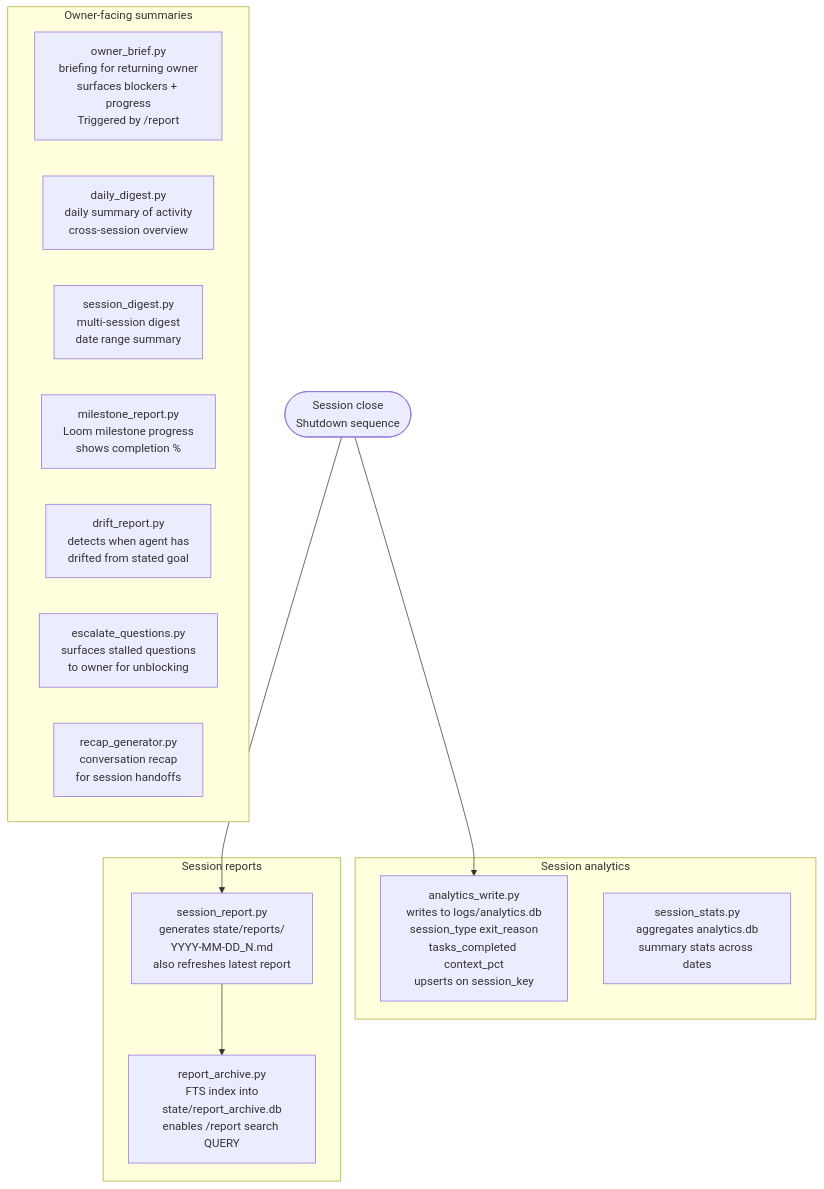
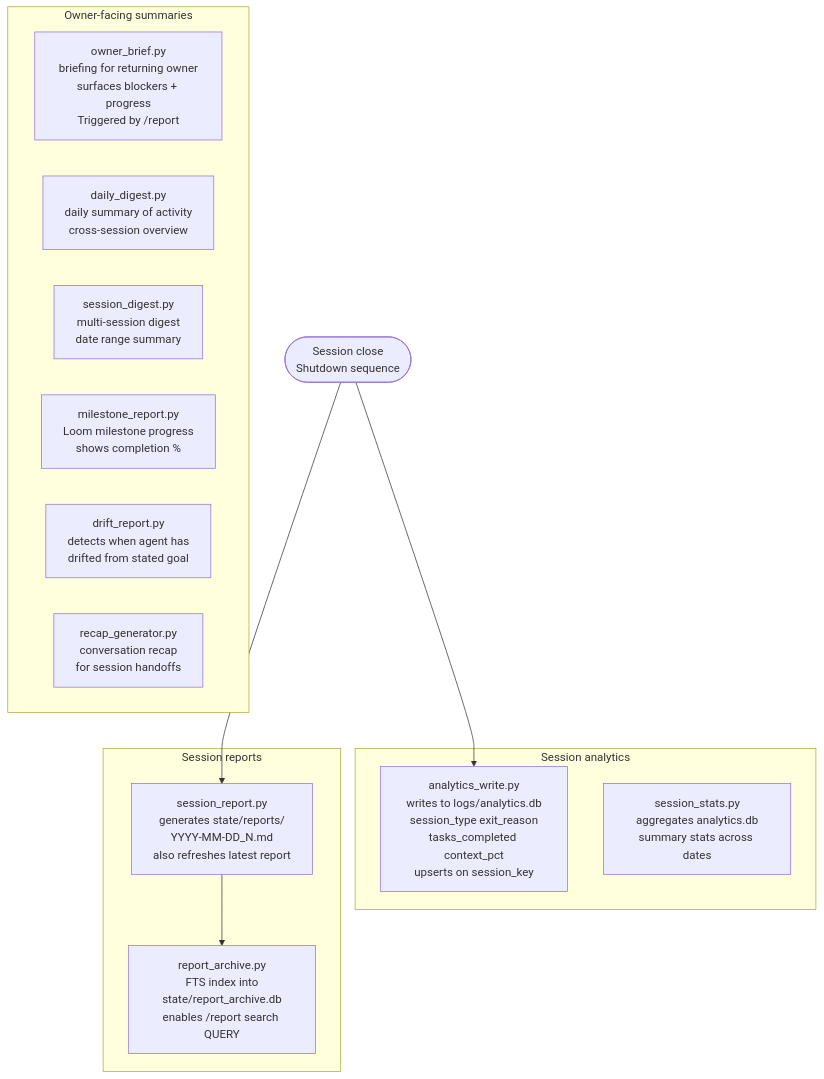
One commit to lainiwakuraagent-lgtm/node changed the diagram in .claude/architecture/component/tools_reporting.mmd. Above: the diagram before and after it, drawn with Mermaid. The commit also changed 3 other files, not shown here.

First line of the commit message:
fix: remove escalate_questions.py — self-scheduling sessions was the wrong design

```diff
--- a/.claude/architecture/component/tools_reporting.mmd
+++ b/.claude/architecture/component/tools_reporting.mmd
@@ -1,28 +1,27 @@
 %% Component: reporting and analytics suite.
 %% Written by the agent at session close; surfaced to owner via /report command.
 flowchart TD
     SessionClose([Session close\nShutdown sequence])
 
     subgraph Analytics["Session analytics"]
         AW[analytics_write.py\nwrites to logs/analytics.db\nsession_type exit_reason\ntasks_completed context_pct\nupserts on session_key]
         SS[session_stats.py\naggregates analytics.db\nsummary stats across dates]
     end
 
     subgraph Reports["Session reports"]
         SR[session_report.py\ngenerates state/reports/\nYYYY-MM-DD_N.md\nalso refreshes latest report]
         RA[report_archive.py\nFTS index into\nstate/report_archive.db\nenables /report search QUERY]
         SR --> RA
     end
 
     subgraph OwnerFacing["Owner-facing summaries"]
         OB[owner_brief.py\nbriefing for returning owner\nsurfaces blockers + progress\nTriggered by /report]
         DD[daily_digest.py\ndaily summary of activity\ncross-session overview]
         SD[session_digest.py\nmulti-session digest\ndate range summary]
         MR[milestone_report.py\nLoom milestone progress\nshows completion %]
         DR[drift_report.py\ndetects when agent has\ndrifted from stated goal]
-        EQ[escalate_questions.py\nsurfaces stalled questions\nto owner for unblocking]
         RG[recap_generator.py\nconversation recap\nfor session handoffs]
     end
 
     SessionClose --> AW
     SessionClose --> SR
```
